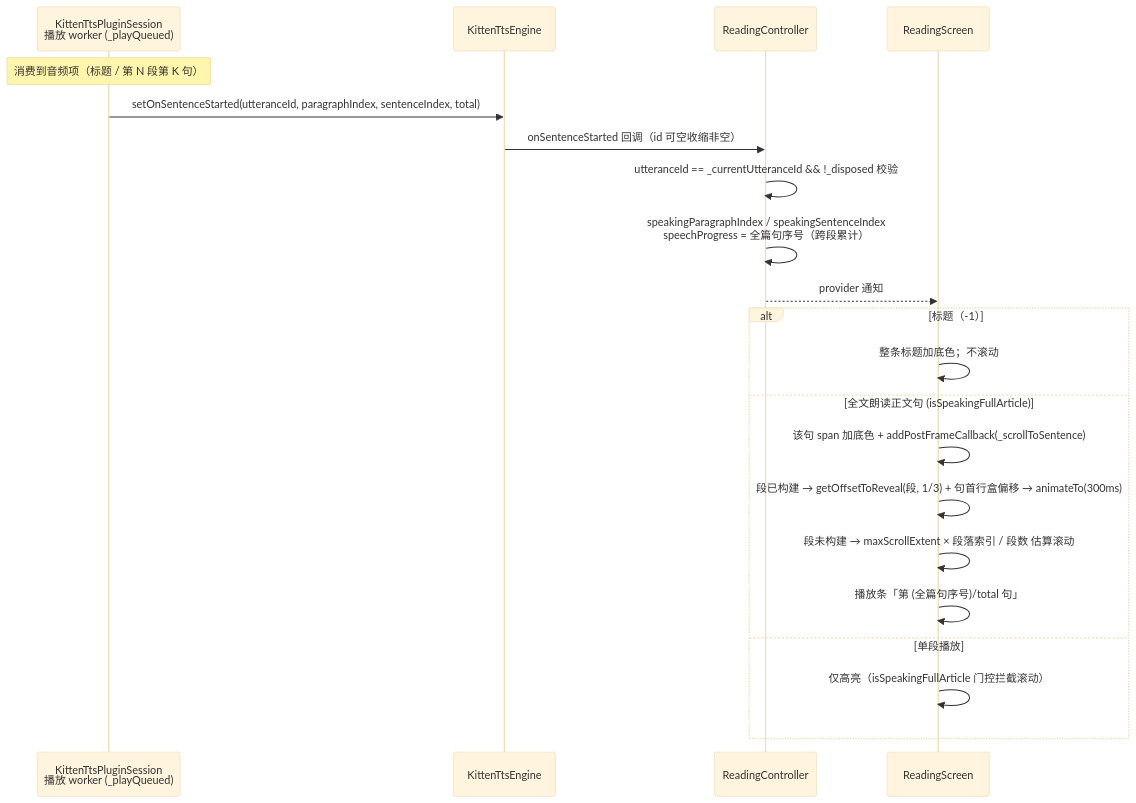
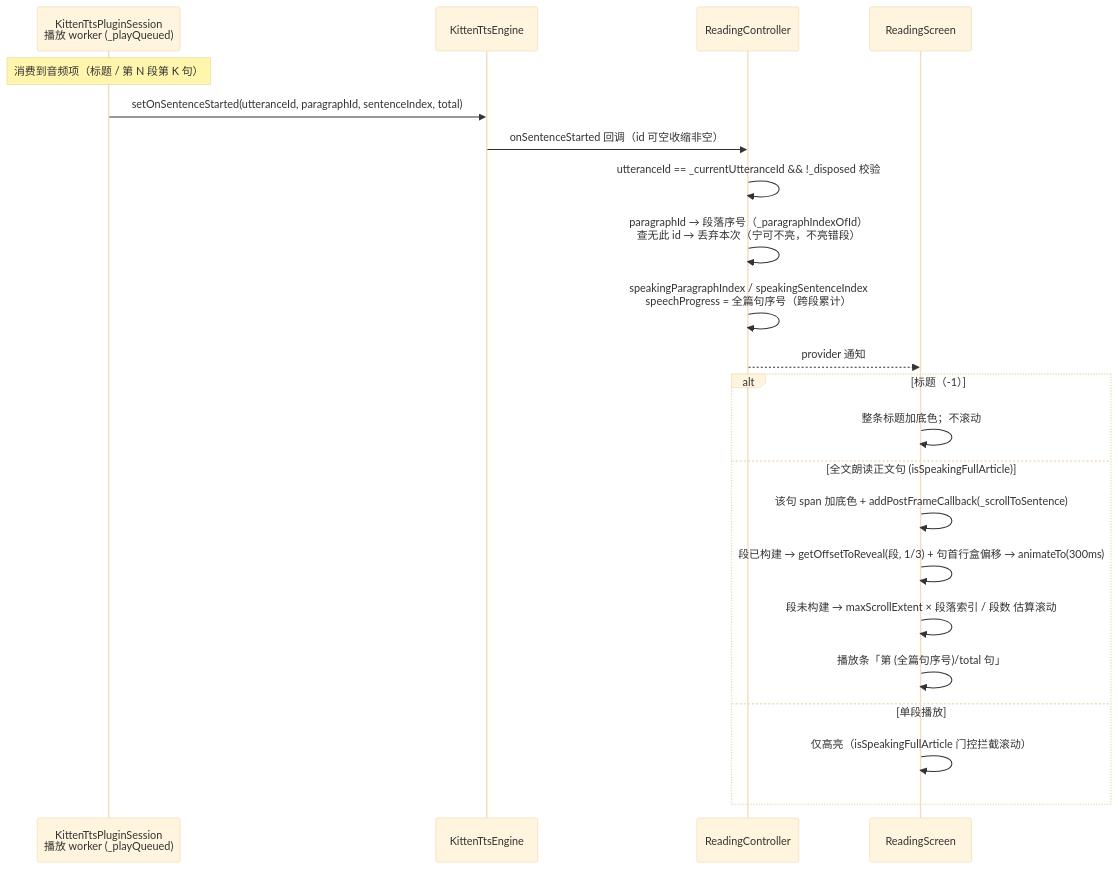
Before and after one commit to kindywu/contexta: the diagram in impl/app/flutter/docs/reading-sentence-highlight.md, drawn with Mermaid (base theme). The commit also changed other lines of this file and 16 other files, not shown here.

````diff
--- a/impl/app/flutter/docs/reading-sentence-highlight.md
+++ b/impl/app/flutter/docs/reading-sentence-highlight.md
@@ -61,24 +63,25 @@
 ```mermaid
 sequenceDiagram
     participant PW as KittenTtsPluginSession<br/>播放 worker (_playQueued)
     participant SE as KittenTtsEngine
     participant RC as ReadingController
     participant UI as ReadingScreen
 
     Note over PW: 消费到音频项（标题 / 第 N 段第 K 句）
-    PW->>SE: setOnSentenceStarted(utteranceId, paragraphIndex, sentenceIndex, total)
+    PW->>SE: setOnSentenceStarted(utteranceId, paragraphId, sentenceIndex, total)
     SE->>RC: onSentenceStarted 回调（id 可空收缩非空）
     RC->>RC: utteranceId == _currentUtteranceId && !_disposed 校验
+    RC->>RC: paragraphId → 段落序号（_paragraphIndexOfId）<br/>查无此 id → 丢弃本次（宁可不亮，不亮错段）
     RC->>RC: speakingParagraphIndex / speakingSentenceIndex<br/>speechProgress = 全篇句序号（跨段累计）
     RC-->>UI: provider 通知
     alt 标题（-1）
         UI->>UI: 整条标题加底色；不滚动
     else 全文朗读正文句 (isSpeakingFullArticle)
         UI->>UI: 该句 span 加底色 + addPostFrameCallback(_scrollToSentence)
         UI->>UI: 段已构建 → getOffsetToReveal(段, 1/3) + 句首行盒偏移 → animateTo(300ms)
         UI->>UI: 段未构建 → maxScrollExtent × 段落索引 / 段数 估算滚动
         UI->>UI: 播放条「第 (全篇句序号)/total 句」
     else 单段播放
         UI->>UI: 仅高亮（isSpeakingFullArticle 门控拦截滚动）
     end
 ```
````
